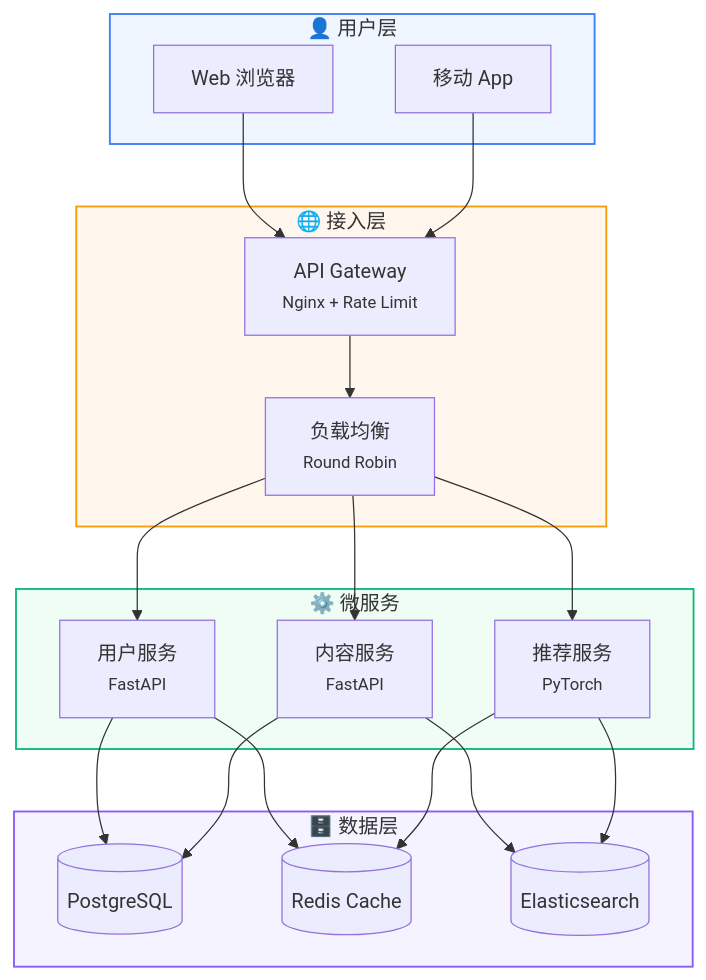
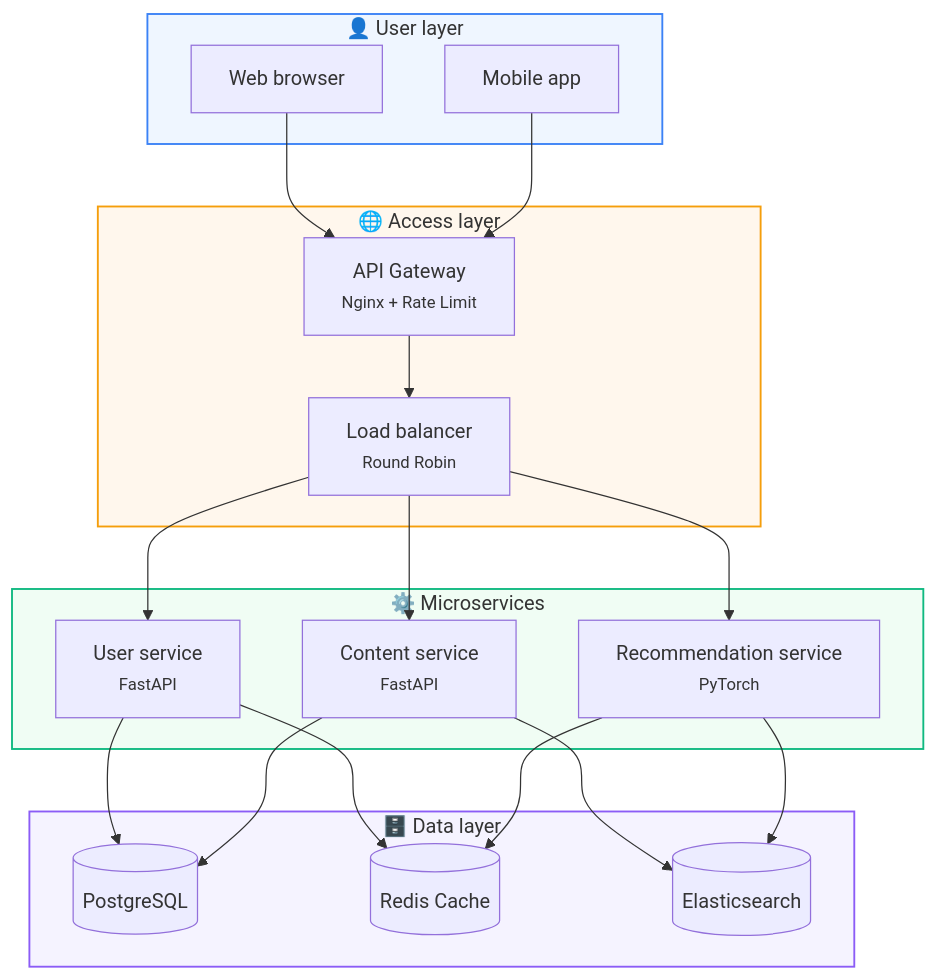
One commit to abdou-da0wew/zcode-skills changed the fourth of 15 diagrams in skills/charts/references/mermaid.md. Above: the diagram before and after it, drawn with Mermaid. The commit also changed other lines of this file and 504 other files, not shown here.

````diff
--- a/skills/charts/references/mermaid.md
+++ b/skills/charts/references/mermaid.md
@@ -333,36 +333,36 @@
 ```mermaid
 flowchart TB
-    subgraph 用户层["👤 用户层"]
-        U1[Web 浏览器]
-        U2[移动 App]
+    subgraph UserLayer["👤 User layer"]
+        U1[Web browser]
+        U2[Mobile app]
     end
 
-    subgraph 接入层["🌐 接入层"]
+    subgraph AccessLayer["🌐 Access layer"]
         GW[API Gateway<br><small>Nginx + Rate Limit</small>]
-        LB[负载均衡<br><small>Round Robin</small>]
+        LB[Load balancer<br><small>Round Robin</small>]
     end
 
-    subgraph 服务层["⚙️ 微服务"]
-        S1[用户服务<br><small>FastAPI</small>]
-        S2[内容服务<br><small>FastAPI</small>]
-        S3[推荐服务<br><small>PyTorch</small>]
+    subgraph ServiceLayer["⚙️ Microservices"]
+        S1[User service<br><small>FastAPI</small>]
+        S2[Content service<br><small>FastAPI</small>]
+        S3[Recommendation service<br><small>PyTorch</small>]
     end
 
-    subgraph 数据层["🗄️ 数据层"]
+    subgraph DataLayer["🗄️ Data layer"]
         DB[(PostgreSQL)]
         RD[(Redis Cache)]
         ES[(Elasticsearch)]
     end
 
     U1 & U2 --> GW
     GW --> LB
     LB --> S1 & S2 & S3
     S1 --> DB & RD
     S2 --> DB & ES
     S3 --> RD & ES
 
-    style 用户层 fill:#EFF6FF,stroke:#3B82F6,stroke-width:1.5px
-    style 接入层 fill:#FFF7ED,stroke:#F59E0B,stroke-width:1.5px
-    style 服务层 fill:#F0FDF4,stroke:#10B981,stroke-width:1.5px
-    style 数据层 fill:#F5F3FF,stroke:#8B5CF6,stroke-width:1.5px
+    style UserLayer fill:#EFF6FF,stroke:#3B82F6,stroke-width:1.5px
+    style AccessLayer fill:#FFF7ED,stroke:#F59E0B,stroke-width:1.5px
+    style ServiceLayer fill:#F0FDF4,stroke:#10B981,stroke-width:1.5px
+    style DataLayer fill:#F5F3FF,stroke:#8B5CF6,stroke-width:1.5px
 ```
````
